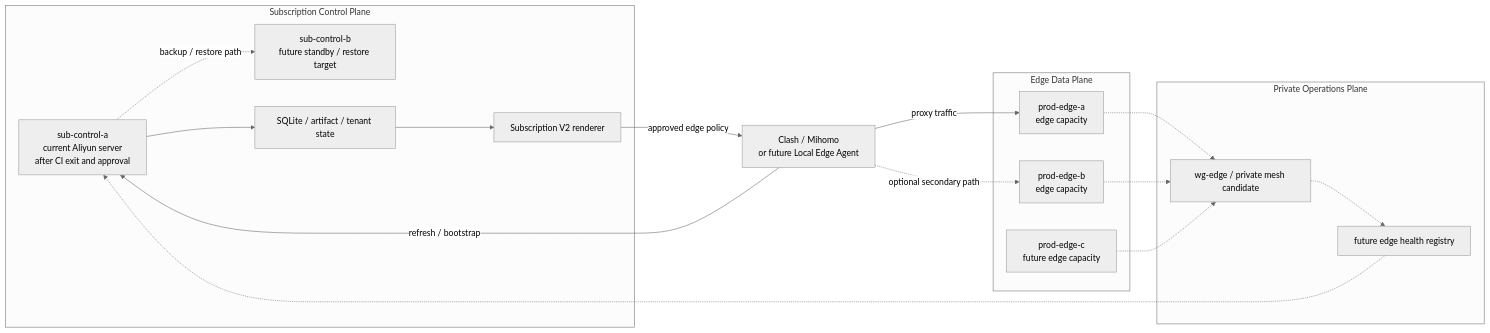
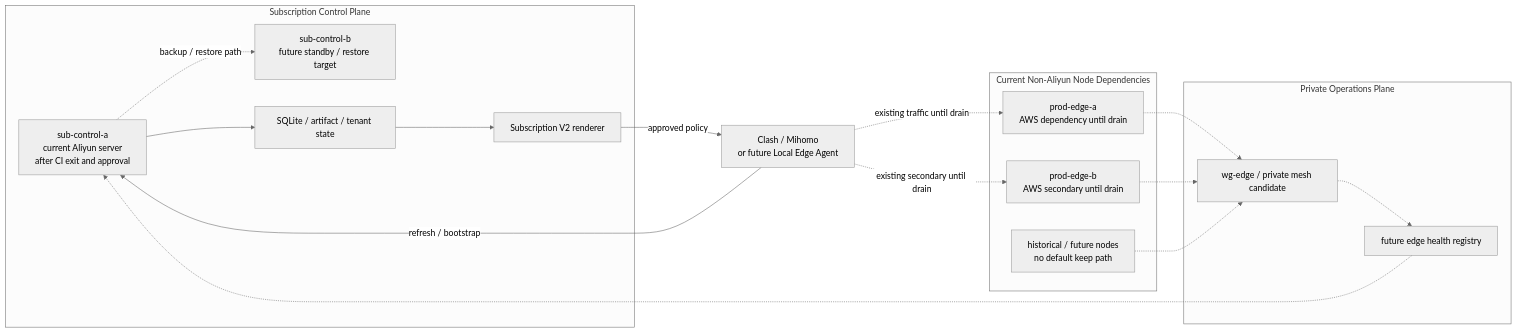
One commit to FlyLink-com/proxy-gateway-minimal changed the second of 7 diagrams in docs/PROJECT_TOPOLOGY.md. Above: the diagram before and after it, drawn with Mermaid (neutral theme). The commit also changed other lines of this file and 9 other files, not shown here.

````diff
--- a/docs/PROJECT_TOPOLOGY.md
+++ b/docs/PROJECT_TOPOLOGY.md
@@ -65,31 +65,31 @@
 ```mermaid
 flowchart LR
   subgraph "Subscription Control Plane"
     SC["sub-control-a\ncurrent Aliyun server\nafter CI exit and approval"]
     SB["sub-control-b\nfuture standby / restore target"]
     State["SQLite / artifact / tenant state"]
     Render["Subscription V2 renderer"]
   end
 
-  subgraph "Edge Data Plane"
-    A["prod-edge-a\nedge capacity"]
-    B["prod-edge-b\nedge capacity"]
-    C["prod-edge-c\nfuture edge capacity"]
+  subgraph "Current Non-Aliyun Node Dependencies"
+    A["prod-edge-a\nAWS dependency until drain"]
+    B["prod-edge-b\nAWS secondary until drain"]
+    C["historical / future nodes\nno default keep path"]
   end
 
   subgraph "Private Operations Plane"
     Mesh["wg-edge / private mesh candidate"]
     Health["future edge health registry"]
   end
 
   Clients["Clash / Mihomo\nor future Local Edge Agent"] -->|"refresh / bootstrap"| SC
   SC --> State --> Render
-  Render -->|"approved edge policy"| Clients
-  Clients -->|"proxy traffic"| A
-  Clients -.->|"optional secondary path"| B
+  Render -->|"approved policy"| Clients
+  Clients -.->|"existing traffic until drain"| A
+  Clients -.->|"existing secondary until drain"| B
   SC -.->|"backup / restore path"| SB
   A -.-> Mesh
   B -.-> Mesh
   C -.-> Mesh
   Mesh -.-> Health -.-> SC
 ```
````
